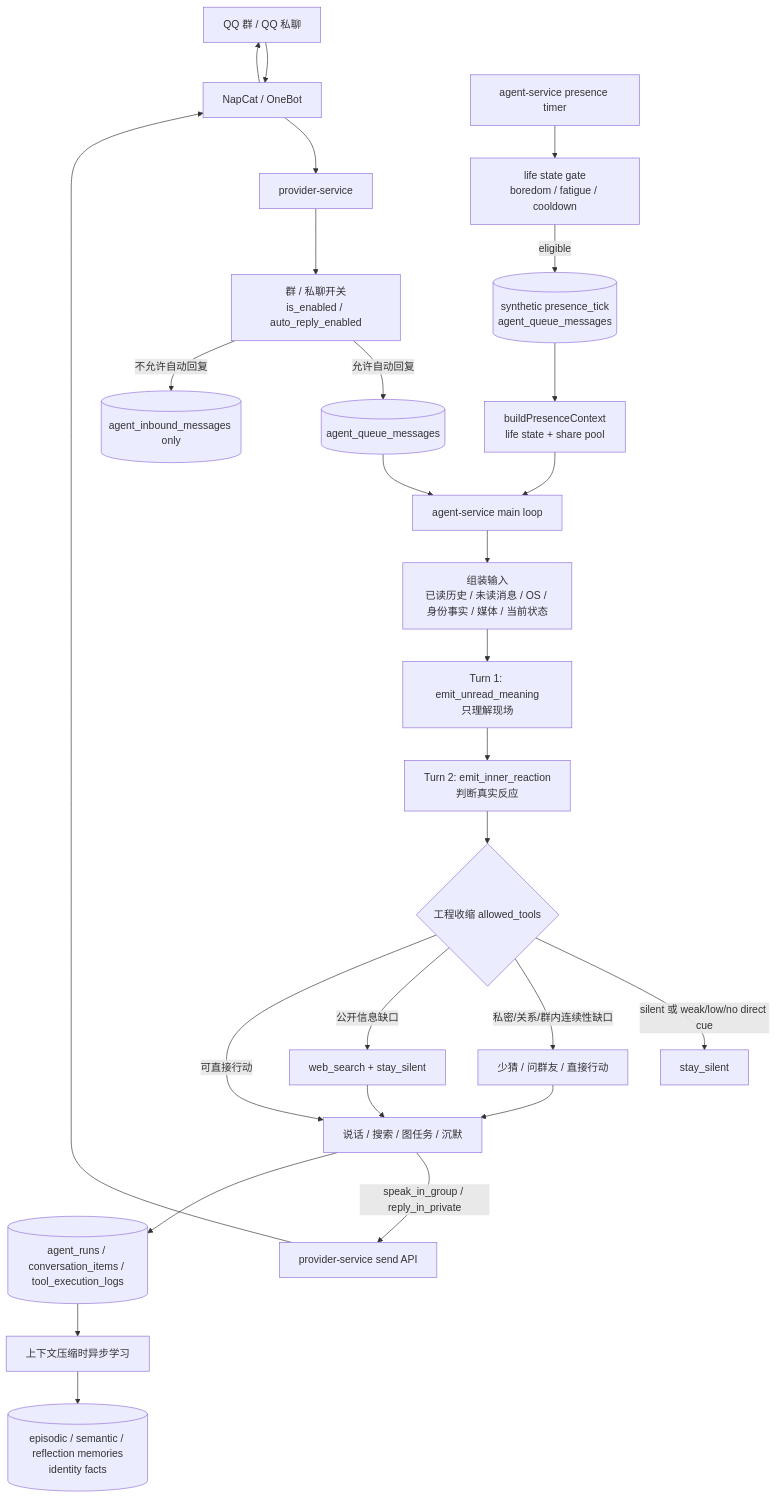
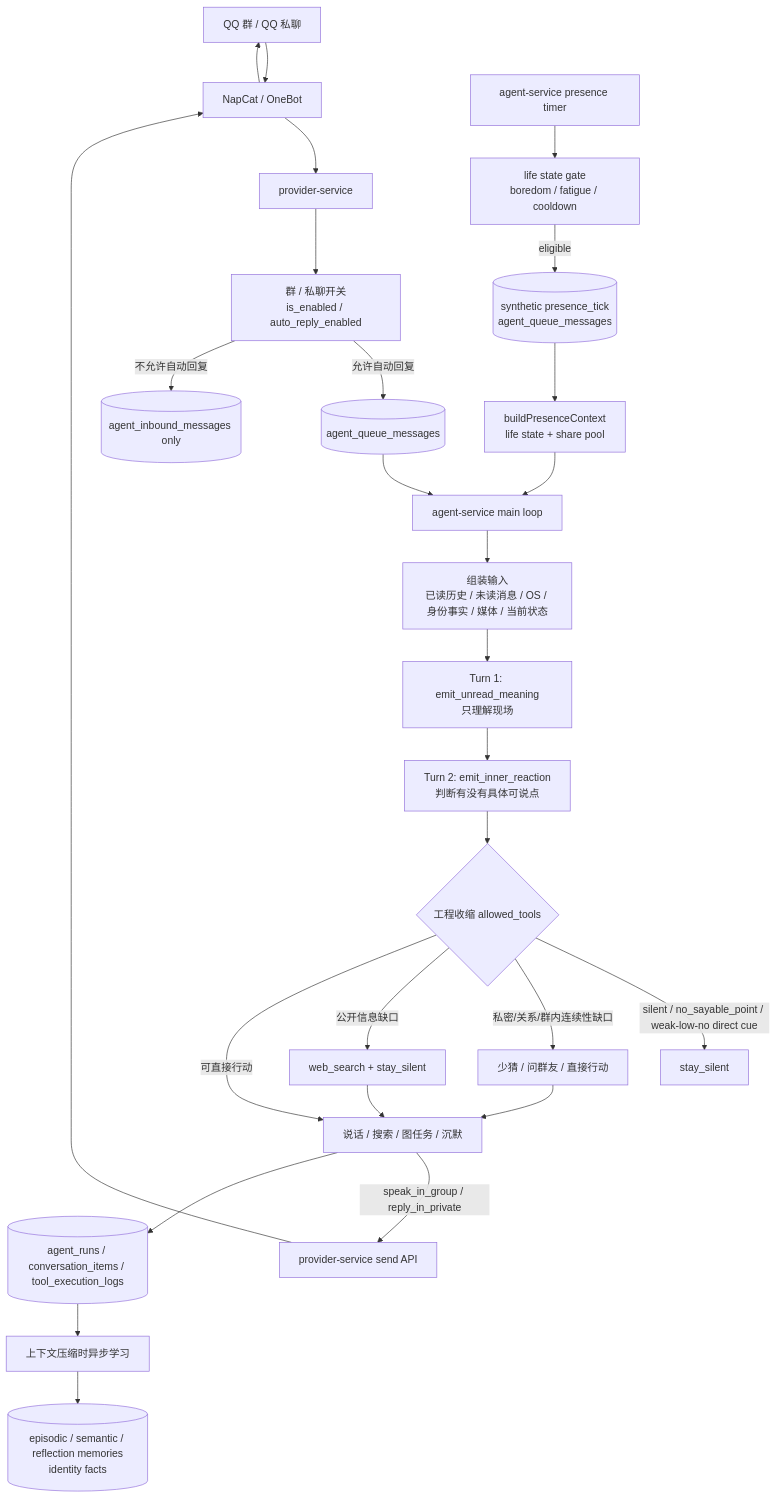
Before and after one commit to Hei-AI/xiaoni_cc: the first of 8 diagrams in docs/XIAONI_SPEAKING_FLOW.md, drawn with Mermaid. The commit also changed other lines of this file and 6 other files, not shown here.

````diff
--- a/docs/XIAONI_SPEAKING_FLOW.md
+++ b/docs/XIAONI_SPEAKING_FLOW.md
@@ -13,33 +13,33 @@
 ```mermaid
 flowchart TD
   QQ[QQ 群 / QQ 私聊] --> NapCat[NapCat / OneBot]
   NapCat --> Provider[provider-service]
 
   Provider --> Policy[群 / 私聊开关<br/>is_enabled / auto_reply_enabled]
   Policy -->|允许自动回复| Queue[(agent_queue_messages)]
   Policy -->|不允许自动回复| InboxOnly[(agent_inbound_messages only)]
 
   AgentTimer[agent-service presence timer] --> LifeGate[life state gate<br/>boredom / fatigue / cooldown]
   LifeGate -->|eligible| PresenceQueue[(synthetic presence_tick<br/>agent_queue_messages)]
 
   Queue --> Loop[agent-service main loop]
   PresenceQueue --> PresenceCtx[buildPresenceContext<br/>life state + share pool]
   PresenceCtx --> Loop
 
   Loop --> Context[组装输入<br/>已读历史 / 未读消息 / OS / 身份事实 / 媒体 / 当前状态]
   Context --> U1[Turn 1: emit_unread_meaning<br/>只理解现场]
-  U1 --> U2[Turn 2: emit_inner_reaction<br/>判断真实反应]
+  U1 --> U2[Turn 2: emit_inner_reaction<br/>判断有没有具体可说点]
   U2 --> Gate{工程收缩 allowed_tools}
-  Gate -->|silent 或 weak/low/no direct cue| Silent[stay_silent]
+  Gate -->|silent / no_sayable_point / weak-low-no direct cue| Silent[stay_silent]
   Gate -->|私密/关系/群内连续性缺口| AskOrAct[少猜 / 问群友 / 直接行动]
   Gate -->|公开信息缺口| Search[web_search + stay_silent]
   AskOrAct --> Action[说话 / 搜索 / 图任务 / 沉默]
   Search --> Action
   Gate -->|可直接行动| Action
   Action -->|speak_in_group / reply_in_private| ProviderSend[provider-service send API]
   ProviderSend --> NapCat --> QQ
 
   Action --> Record[(agent_runs / conversation_items / tool_execution_logs)]
   Record --> Learn[上下文压缩时异步学习]
   Learn --> Memory[(episodic / semantic / reflection memories<br/>identity facts)]
 ```
````
